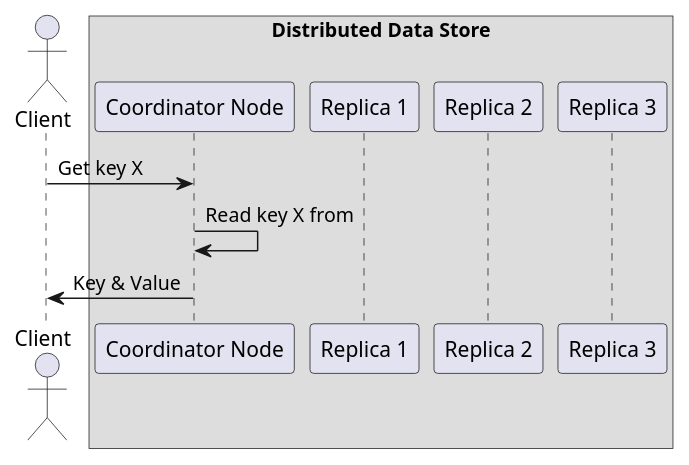
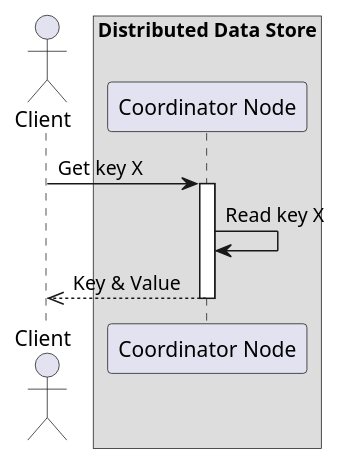
The diagram in diagrams/sequence3.puml (EliriaT/distributed-store), drawn with PlantUML before and after one commit. The commit also changed 17 other files, not shown here.

Commit message:
Update diagrams..

```diff
--- a/diagrams/sequence3.puml
+++ b/diagrams/sequence3.puml
@@ -1,16 +1,15 @@
 @startuml
 
 actor Client as C
 box "Distributed Data Store"
 participant "Coordinator Node" as CN
-participant "Replica 1" as N1
-participant "Replica 2" as N2
-participant "Replica 3" as N3
 end box
 
 
 C -> CN : Get key X
-CN -> CN : Read key X from
-CN -> C : Key & Value
+activate CN
+CN -> CN : Read key X
+CN -->> C : Key & Value
+deactivate CN
 
 @enduml
```
